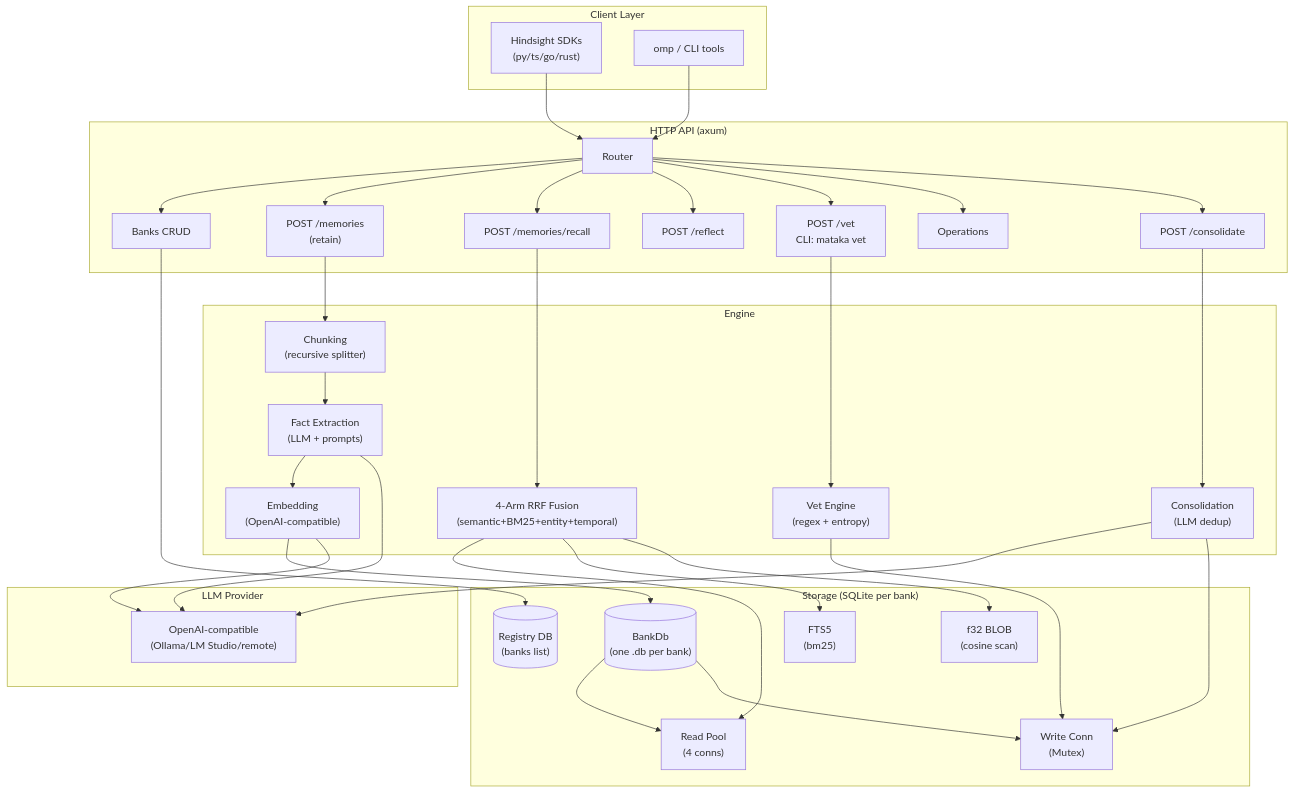
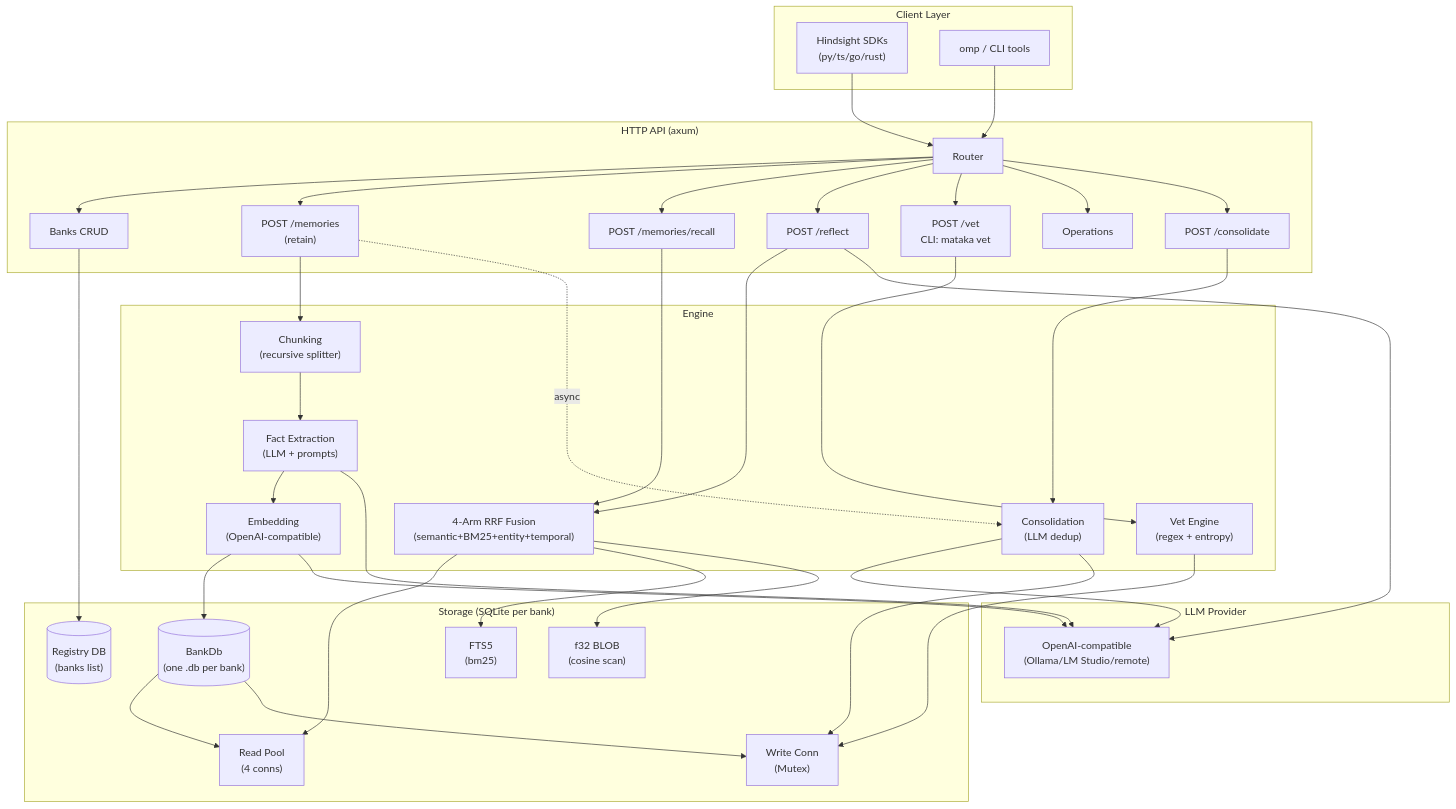
The diagram in ARCHITECTURE.md (tlarevo/mataka), drawn with Mermaid before and after one commit.

Commit message:
docs: fix mermaid diagram — add Reflect→Fusion, Reflect→OpenAI, Retain-.->Consolidation edges

````diff
--- a/ARCHITECTURE.md
+++ b/ARCHITECTURE.md
@@ -4,73 +4,77 @@
 ```mermaid
 graph TB
     subgraph "Client Layer"
         SDK["Hindsight SDKs<br/>(py/ts/go/rust)"]
         OMP["omp / CLI tools"]
     end
 
     subgraph "HTTP API (axum)"
         Router["Router"]
         Banks["Banks CRUD"]
         Retain["POST /memories<br/>(retain)"]
         Recall["POST /memories/recall"]
         Reflect["POST /reflect"]
         Vet["POST /vet<br/>CLI: mataka vet"]
         Ops["Operations"]
         Consolidate["POST /consolidate"]
     end
 
     subgraph "Engine"
         Extraction["Fact Extraction<br/>(LLM + prompts)"]
         Chunking["Chunking<br/>(recursive splitter)"]
         Embed["Embedding<br/>(OpenAI-compatible)"]
         Fusion["4-Arm RRF Fusion<br/>(semantic+BM25+entity+temporal)"]
         Vetting["Vet Engine<br/>(regex + entropy)"]
         Consolidation["Consolidation<br/>(LLM dedup)"]
     end
 
     subgraph "Storage (SQLite per bank)"
         BankDb[("BankDb<br/>(one .db per bank)")]
         ReadPool["Read Pool<br/>(4 conns)"]
         WriteConn["Write Conn<br/>(Mutex)"]
         FTS5["FTS5<br/>(bm25)"]
         Embeddings["f32 BLOB<br/>(cosine scan)"]
         Registry[("Registry DB<br/>(banks list)")]
     end
 
     subgraph "LLM Provider"
         OpenAI["OpenAI-compatible<br/>(Ollama/LM Studio/remote)"]
     end
 
     SDK --> Router
     OMP --> Router
     Router --> Banks
     Router --> Retain
     Router --> Recall
     Router --> Reflect
     Router --> Vet
     Router --> Ops
     Router --> Consolidate
 
     Retain --> Chunking
     Chunking --> Extraction
     Extraction --> Embed
     Embed --> BankDb
     Embed --> OpenAI
     Extraction --> OpenAI
+    Retain -.-> |async| Consolidation
 
     Recall --> Fusion
     Fusion --> ReadPool
     Fusion --> FTS5
     Fusion --> Embeddings
+
+    Reflect --> Fusion
+    Reflect --> OpenAI
 
     Vet --> Vetting
     Vetting --> WriteConn
 
     Consolidate --> Consolidation
     Consolidation --> OpenAI
     Consolidation --> WriteConn
 
     BankDb --> ReadPool
     BankDb --> WriteConn
     Banks --> Registry
 ```
````
